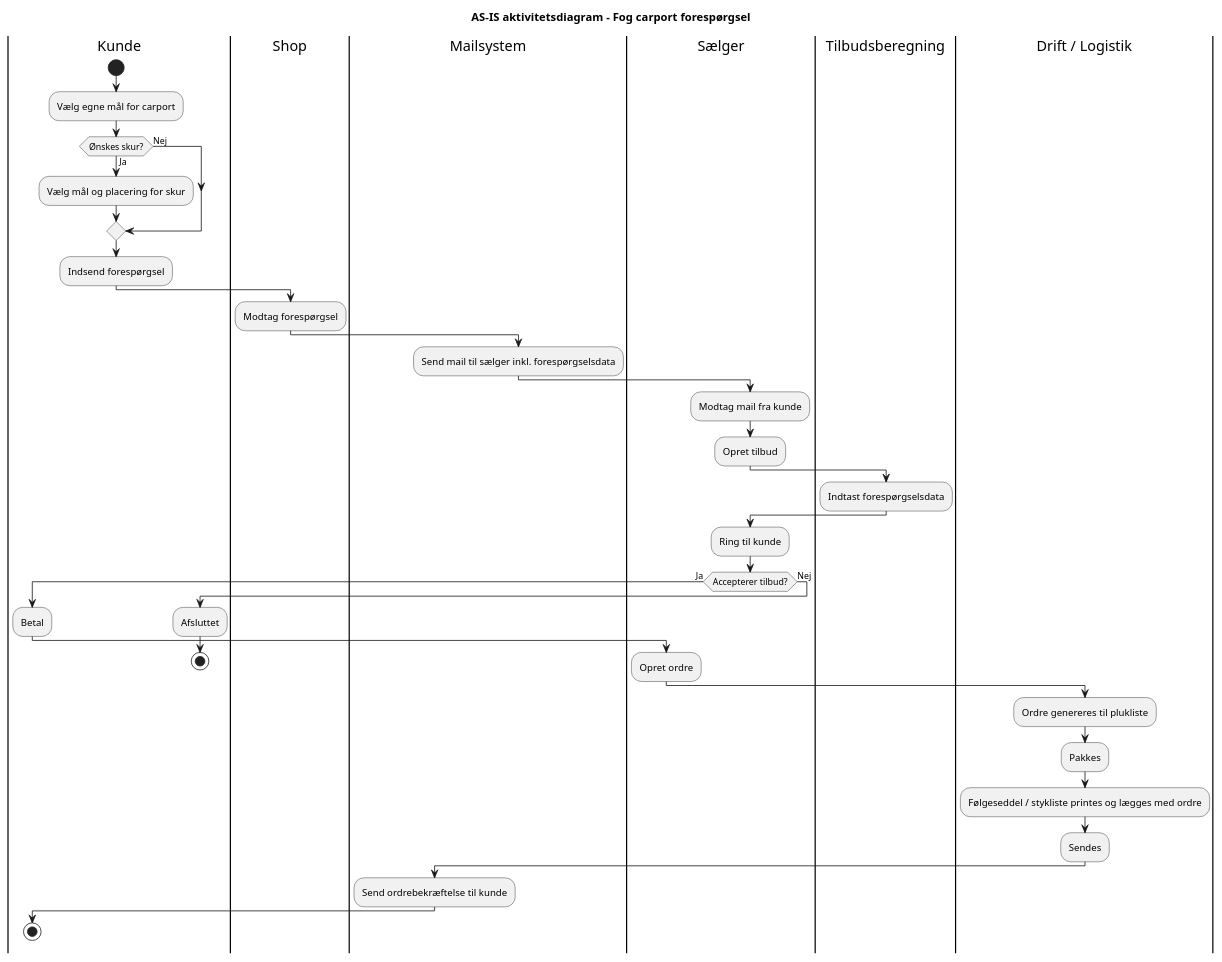
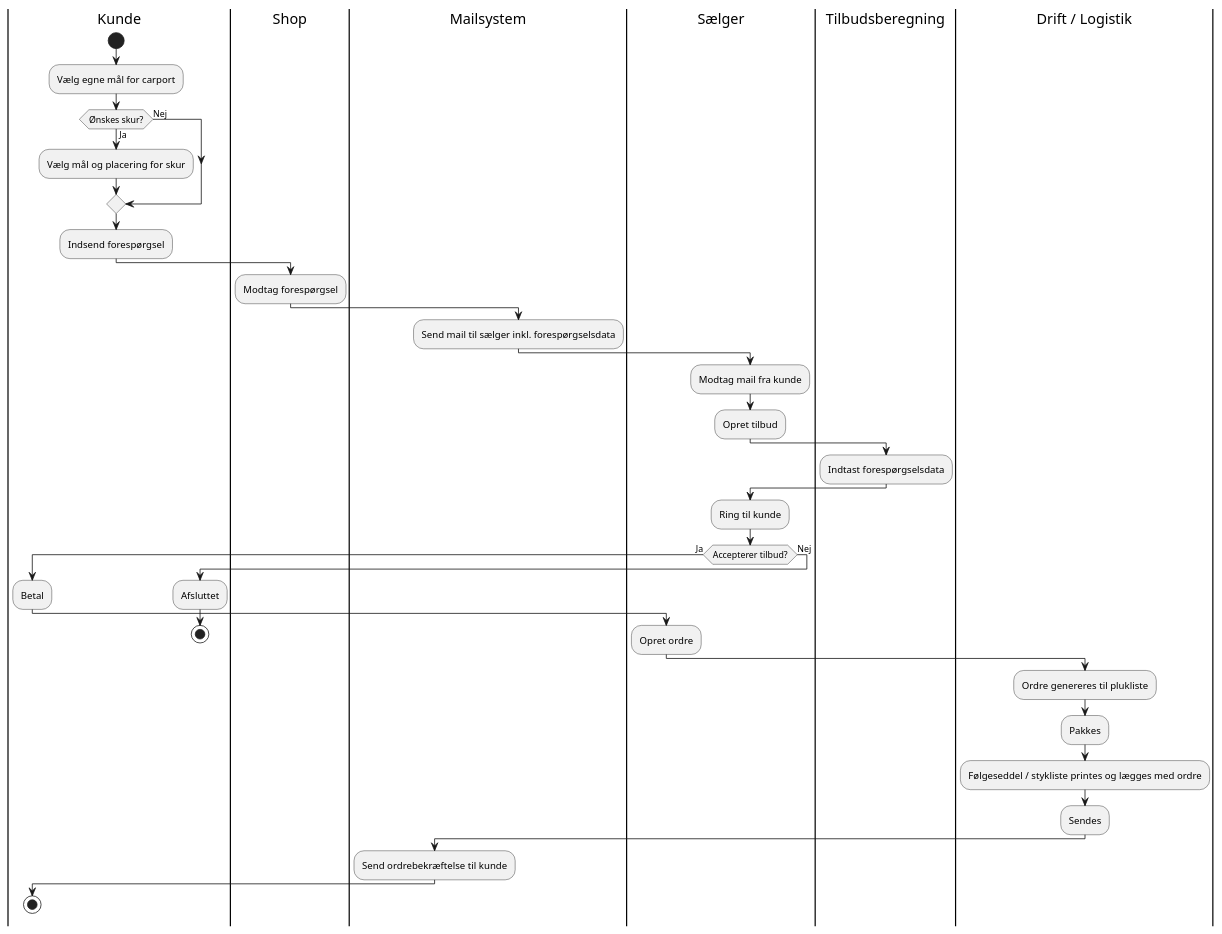
Before and after one commit to CarportProject/CarportProject: the diagram in diagrams/as-is-activity-diagram.puml, drawn with PlantUML. The commit also changed 8 other files, not shown here.

```diff
--- a/diagrams/as-is-activity-diagram.puml
+++ b/diagrams/as-is-activity-diagram.puml
@@ -1,56 +1,55 @@
 @startuml
-title AS-IS aktivitetsdiagram - Fog carport forespørgsel
 
 |Kunde|
 start
 :Vælg egne mål for carport;
 
 if (Ønskes skur?) then (Ja)
   :Vælg mål og placering for skur;
 else (Nej)
 endif
 
 :Indsend forespørgsel;
 
 |Shop|
 :Modtag forespørgsel;
 
 |Mailsystem|
 :Send mail til sælger inkl. forespørgselsdata;
 
 |Sælger|
 :Modtag mail fra kunde;
 :Opret tilbud;
 
 |Tilbudsberegning|
 :Indtast forespørgselsdata;
 
 |Sælger|
 :Ring til kunde;
 
 if (Accepterer tilbud?) then (Ja)
   |Kunde|
   :Betal;
 
   |Sælger|
   :Opret ordre;
 
   |Drift / Logistik|
   :Ordre genereres til plukliste;
   :Pakkes;
   :Følgeseddel / stykliste printes og lægges med ordre;
   :Sendes;
 
   |Mailsystem|
   :Send ordrebekræftelse til kunde;
 
   |Kunde|
   stop
 
 else (Nej)
   |Kunde|
   :Afsluttet;
   stop
 endif
 
 @enduml
```
